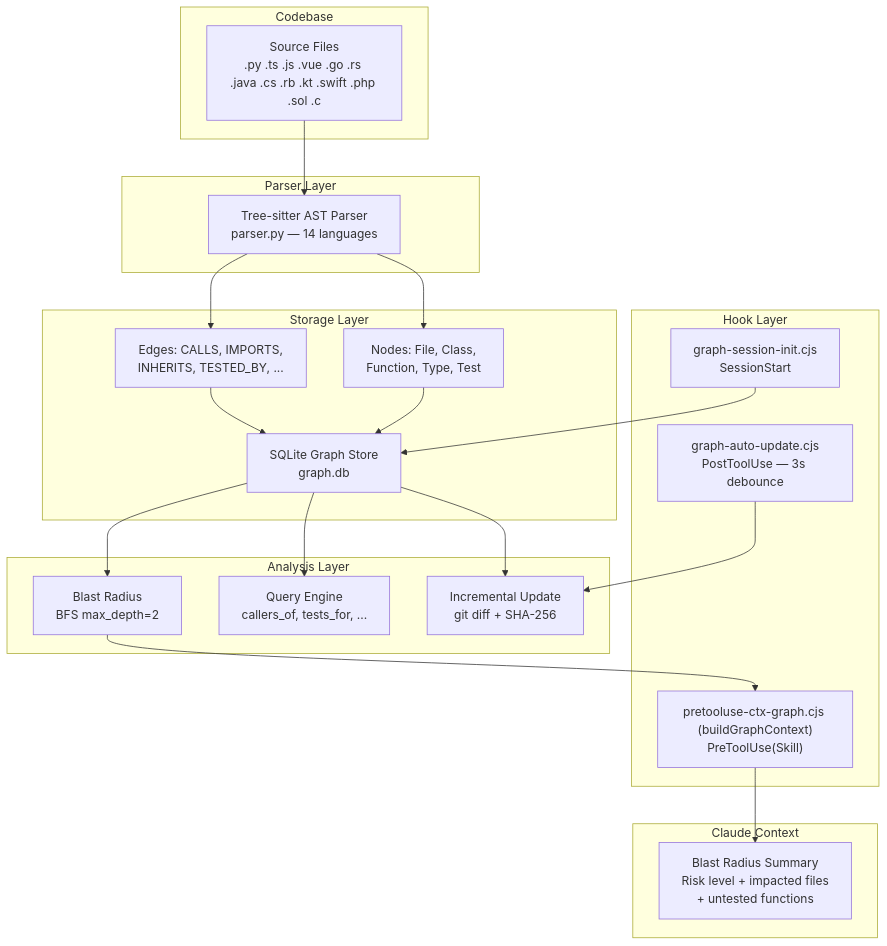
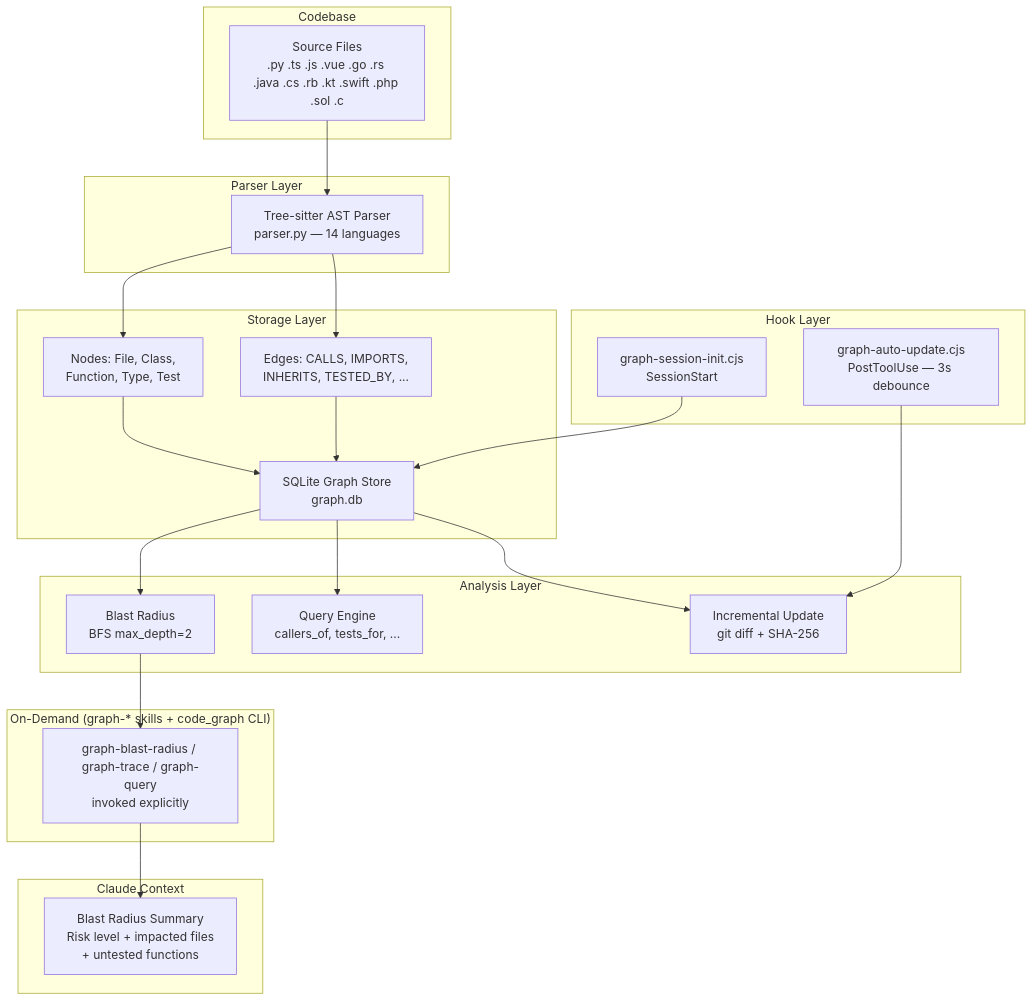
The first of 8 diagrams in .claude/docs/code-graph-mechanism.md (duc01226/easy-claude), drawn with Mermaid before and after one commit. The commit also changed other lines of this file and 43 other files, not shown here.

````diff
--- a/.claude/docs/code-graph-mechanism.md
+++ b/.claude/docs/code-graph-mechanism.md
@@ -69,41 +70,44 @@
 ```mermaid
 graph TB
     subgraph "Codebase"
         SRC["Source Files<br/>.py .ts .js .vue .go .rs .java .cs .rb .kt .swift .php .sol .c"]
     end
 
     subgraph "Parser Layer"
         TS["Tree-sitter AST Parser<br/>parser.py — 14 languages"]
     end
 
     subgraph "Storage Layer"
         DB["SQLite Graph Store<br/>graph.db"]
         N["Nodes: File, Class,<br/>Function, Type, Test"]
         E["Edges: CALLS, IMPORTS,<br/>INHERITS, TESTED_BY, ..."]
     end
 
     subgraph "Analysis Layer"
         BFS["Blast Radius<br/>BFS max_depth=2"]
         QRY["Query Engine<br/>callers_of, tests_for, ..."]
         INC["Incremental Update<br/>git diff + SHA-256"]
     end
 
     subgraph "Hook Layer"
         SI["graph-session-init.cjs<br/>SessionStart"]
         AU["graph-auto-update.cjs<br/>PostToolUse — 3s debounce"]
-        CI["pretooluse-ctx-graph.cjs (buildGraphContext)<br/>PreToolUse(Skill)"]
+    end
+
+    subgraph "On-Demand (graph-* skills + code_graph CLI)"
+        CI["graph-blast-radius / graph-trace / graph-query<br/>invoked explicitly"]
     end
 
     subgraph "Claude Context"
         CTX["Blast Radius Summary<br/>Risk level + impacted files<br/>+ untested functions"]
     end
 
     SRC --> TS
     TS --> N & E
     N & E --> DB
     DB --> BFS & QRY & INC
     BFS --> CI
     CI --> CTX
     AU --> INC
     SI --> DB
 ```
````
